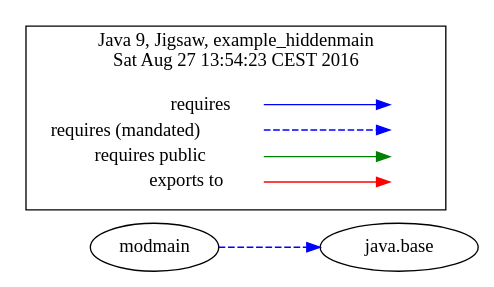
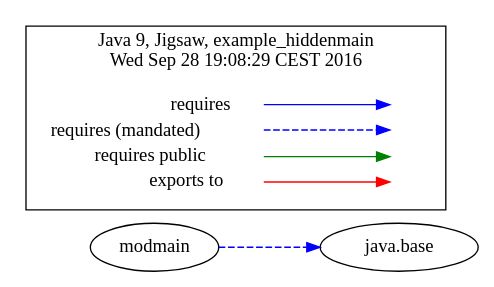
The diagram in jigsaw-examples/example_hiddenmain/moduledependencies-withlegend.dot (accso/java9-jigsaw-examples), drawn with Graphviz before and after one commit. The commit also changed 117 other files, not shown here.

```diff
--- a/jigsaw-examples/example_hiddenmain/moduledependencies-withlegend.dot
+++ b/jigsaw-examples/example_hiddenmain/moduledependencies-withlegend.dot
@@ -1,29 +1,29 @@
-# Created by depvis.JigsawDepVisualizer on Sat Aug 27 13:54:23 CEST 2016
+# Created by depvis.JigsawDepVisualizer on Wed Sep 28 19:08:29 CEST 2016
 digraph Java9_Dependency_Visualizer {
 modmain[fontname="Consolas",shape="ellipse",label="modmain"];
 java_base[fontname="Consolas",shape="ellipse",label="java.base"];
 modmain -> java_base[color="#0000ff",fontname="Consolas",fontcolor="#0000ff",style="dashed",weight="16"]
 rankdir=LR
 node [shape=plaintext]
 subgraph cluster_01 { 
   label = "Java 9, Jigsaw, example_hiddenmain
-Sat Aug 27 13:54:23 CEST 2016"
+Wed Sep 28 19:08:29 CEST 2016"
   fontname="Consolas"
   key [label=<<table border="0" cellpadding="2" cellspacing="0" cellborder="0">
     <tr><td align="right" port="i1">requires</td></tr>
     <tr><td align="right" port="i2">requires (mandated)</td></tr>
     <tr><td align="right" port="i3">requires public</td></tr>
     <tr><td align="right" port="i4">exports to</td></tr>
     </table>>,fontname="Consolas"]
   key2 [label=<<table border="0" cellpadding="2" cellspacing="0" cellborder="0">
     <tr><td port="i1">&nbsp;</td></tr>
     <tr><td port="i2">&nbsp;</td></tr>
     <tr><td port="i3">&nbsp;</td></tr>
     <tr><td port="i4">&nbsp;</td></tr>
     </table>>,fontname="Consolas"]
   key:i1:e -> key2:i1:w [color=BLUE]
   key:i2:e -> key2:i2:w [color=BLUE, style=dashed]
   key:i3:e -> key2:i3:w [color=GREEN]
   key:i4:e -> key2:i4:w [color=RED]
 }
 }
```
